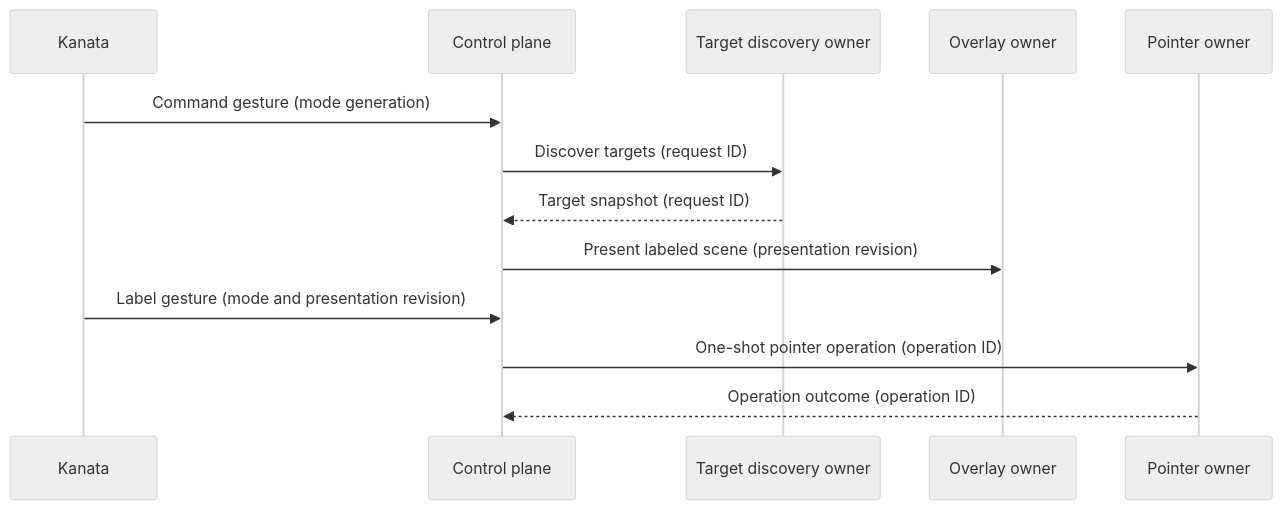
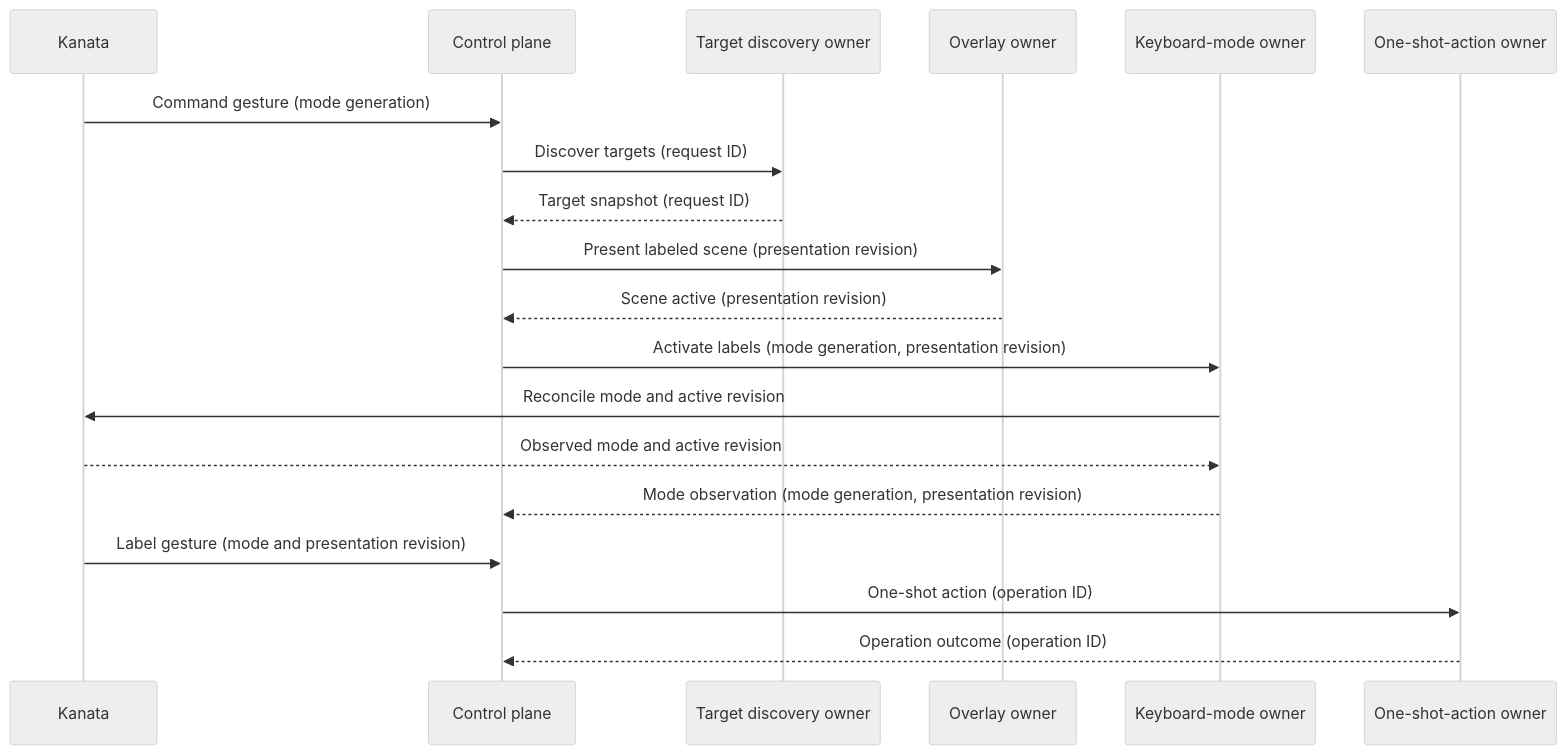
One commit to MattKotsenas/desknav changed the diagram in ARCHITECTURE.md. Above: the diagram before and after it, drawn with Mermaid (neutral theme). The commit also changed other lines of this file and 1 other file, not shown here.

Commit message:
fixup! Define control-plane boundary architecture

````diff
--- a/ARCHITECTURE.md
+++ b/ARCHITECTURE.md
@@ -129,16 +146,22 @@
 ```mermaid
 sequenceDiagram
     participant K as Kanata
     participant C as Control plane
     participant D as Target discovery owner
     participant O as Overlay owner
-    participant P as Pointer owner
+    participant M as Keyboard-mode owner
+    participant A as One-shot-action owner
 
     K->>C: Command gesture (mode generation)
     C->>D: Discover targets (request ID)
     D-->>C: Target snapshot (request ID)
     C->>O: Present labeled scene (presentation revision)
+    O-->>C: Scene active (presentation revision)
+    C->>M: Activate labels (mode generation, presentation revision)
+    M->>K: Reconcile mode and active revision
+    K-->>M: Observed mode and active revision
+    M-->>C: Mode observation (mode generation, presentation revision)
     K->>C: Label gesture (mode and presentation revision)
-    C->>P: One-shot pointer operation (operation ID)
-    P-->>C: Operation outcome (operation ID)
+    C->>A: One-shot action (operation ID)
+    A-->>C: Operation outcome (operation ID)
 ```
````
